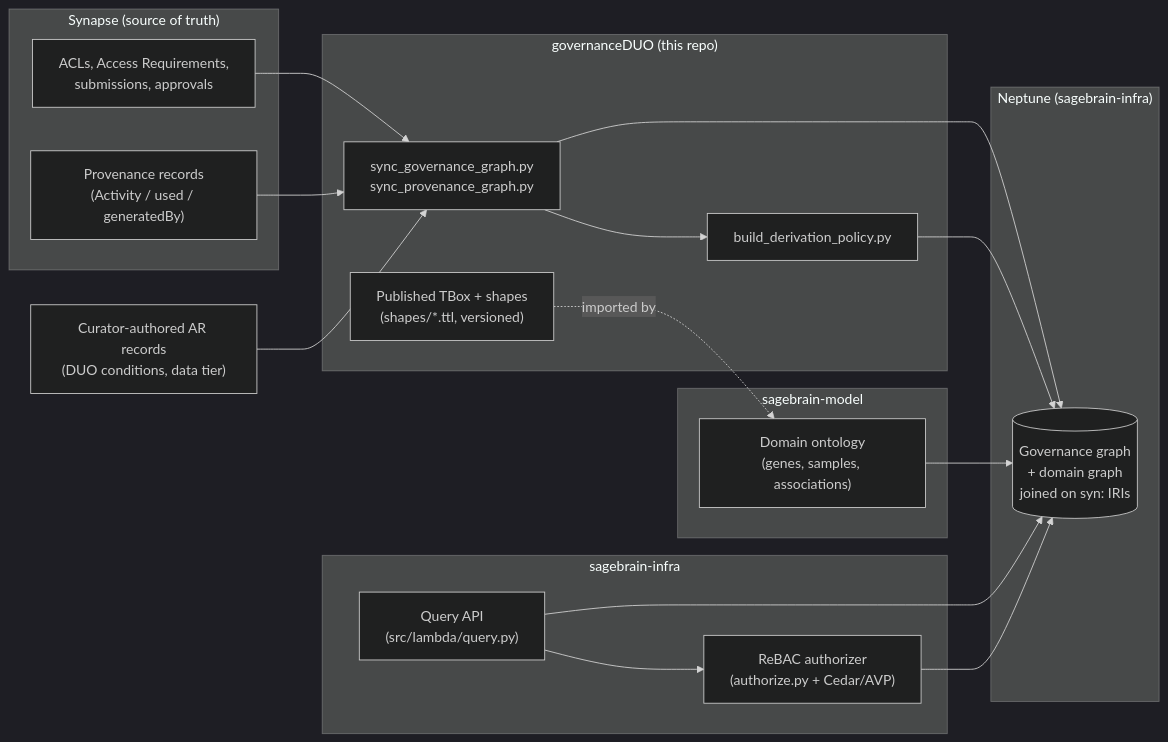
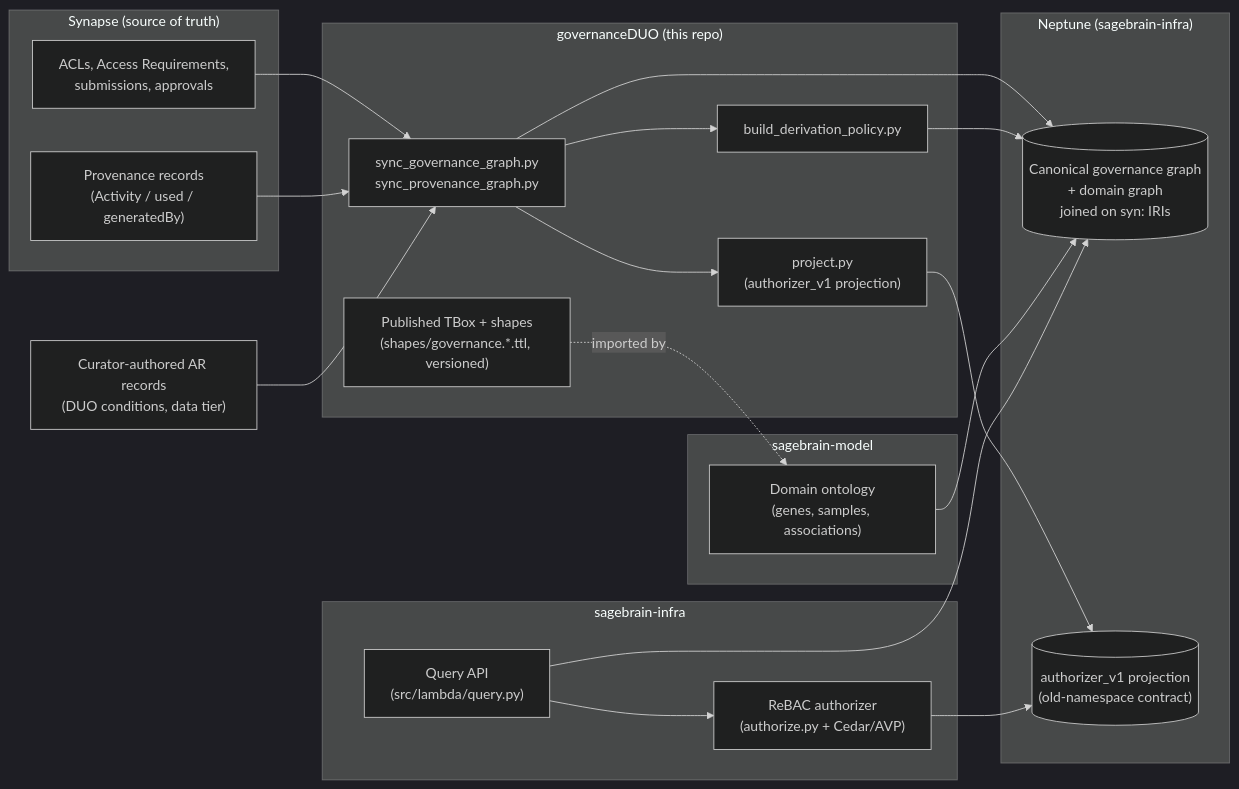
Before and after one commit to mc2-center/governanceDUO: the first of 2 diagrams in docs/graph-design.md, drawn with Mermaid (dark theme). The commit also changed other lines of this file and 1 other file, not shown here.

````diff
--- a/docs/graph-design.md
+++ b/docs/graph-design.md
@@ -40,40 +41,44 @@
 ```mermaid
 flowchart LR
     subgraph synapse["Synapse (source of truth)"]
         acl["ACLs, Access Requirements,<br/>submissions, approvals"]
         prov["Provenance records<br/>(Activity / used / generatedBy)"]
     end
 
     curators["Curator-authored AR records<br/>(DUO conditions, data tier)"]
 
     subgraph gduo["governanceDUO (this repo)"]
         sync["sync_governance_graph.py<br/>sync_provenance_graph.py"]
         derive["build_derivation_policy.py"]
-        artifacts["Published TBox + shapes<br/>(shapes/*.ttl, versioned)"]
+        project["project.py<br/>(authorizer_v1 projection)"]
+        artifacts["Published TBox + shapes<br/>(shapes/governance.*.ttl, versioned)"]
     end
 
     subgraph sbm["sagebrain-model"]
         domain["Domain ontology<br/>(genes, samples, associations)"]
     end
 
     subgraph neptune["Neptune (sagebrain-infra)"]
-        graphStore[("Governance graph<br/>+ domain graph<br/>joined on syn: IRIs")]
+        graphStore[("Canonical governance graph<br/>+ domain graph<br/>joined on syn: IRIs")]
+        projStore[("authorizer_v1 projection<br/>(old-namespace contract)")]
     end
 
     subgraph infra["sagebrain-infra"]
         query["Query API<br/>(src/lambda/query.py)"]
         authz["ReBAC authorizer<br/>(authorize.py + Cedar/AVP)"]
     end
 
     acl --> sync
     prov --> sync
     curators --> sync
     sync --> derive
     sync --> graphStore
     derive --> graphStore
+    sync --> project
+    project --> projStore
     artifacts -. imported by .-> domain
     domain --> graphStore
     query --> graphStore
     query --> authz
-    authz --> graphStore
+    authz --> projStore
 ```
````
